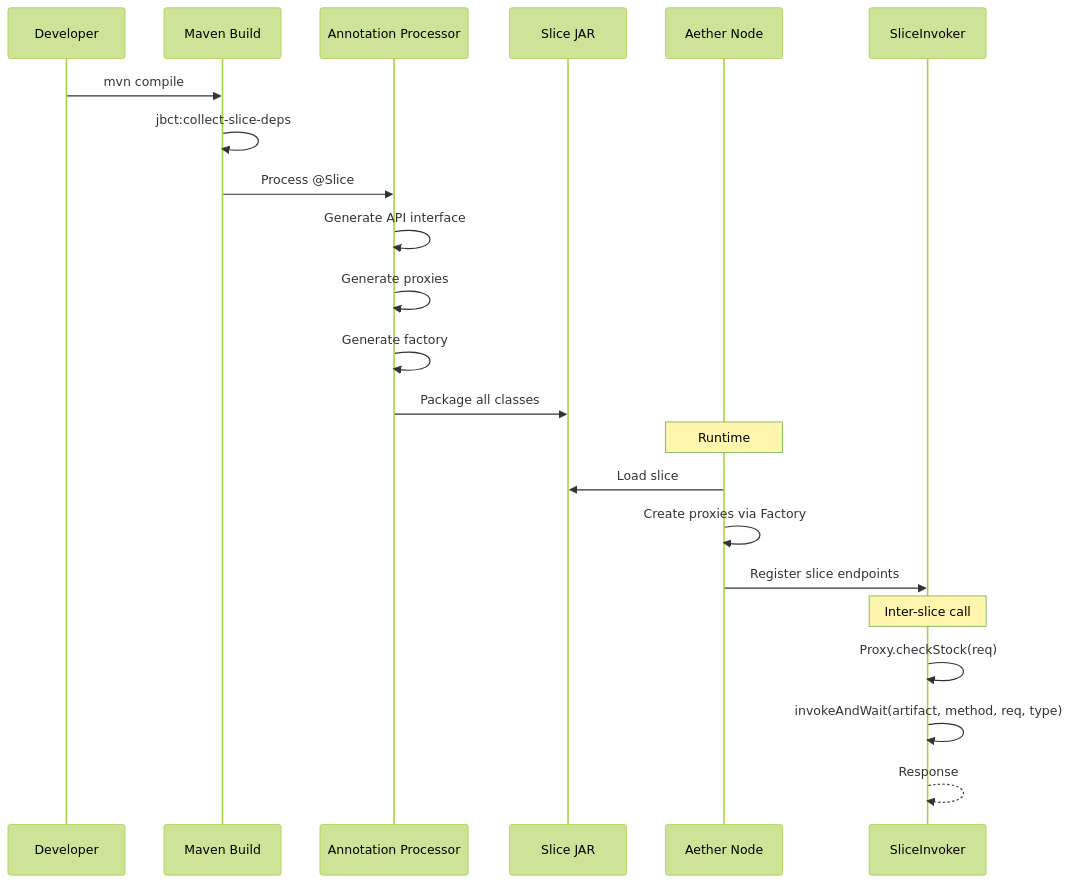
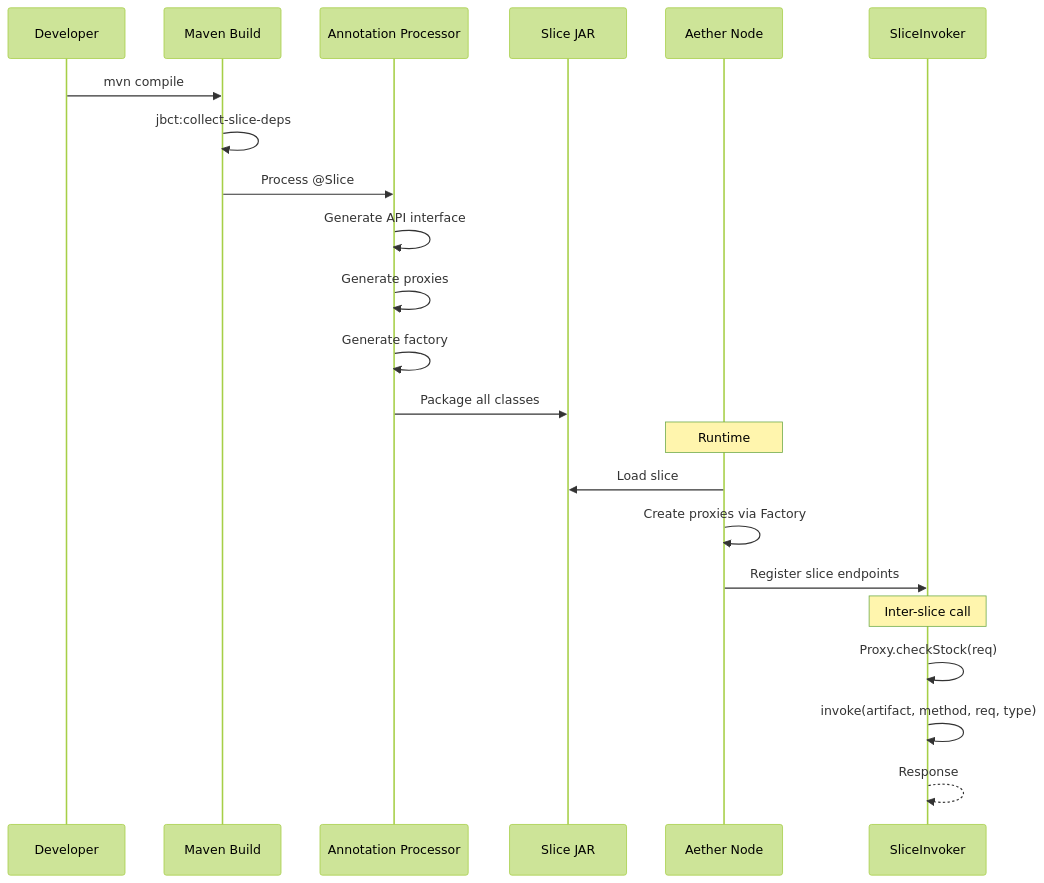
One commit to siy/aether changed the third of 9 diagrams in docs/archive/typed-slice-api-design.md. Above: the diagram before and after it, drawn with Mermaid (forest theme). The commit also changed other lines of this file and 16 other files, not shown here.

Commit message:
refactor: rename invokeAndWait to invoke in SliceInvokerFacade

````diff
--- a/docs/archive/typed-slice-api-design.md
+++ b/docs/archive/typed-slice-api-design.md
@@ -132,27 +132,27 @@
 ```mermaid
 sequenceDiagram
     participant Dev as Developer
     participant Maven as Maven Build
     participant AP as Annotation Processor
     participant JAR as Slice JAR
     participant Node as Aether Node
     participant SI as SliceInvoker
 
     Dev->>Maven: mvn compile
     Maven->>Maven: jbct:collect-slice-deps
     Maven->>AP: Process @Slice
     AP->>AP: Generate API interface
     AP->>AP: Generate proxies
     AP->>AP: Generate factory
     AP->>JAR: Package all classes
 
     Note over Node: Runtime
     Node->>JAR: Load slice
     Node->>Node: Create proxies via Factory
     Node->>SI: Register slice endpoints
 
     Note over SI: Inter-slice call
     SI->>SI: Proxy.checkStock(req)
-    SI->>SI: invokeAndWait(artifact, method, req, type)
+    SI->>SI: invoke(artifact, method, req, type)
     SI-->>SI: Response
 ```
````
